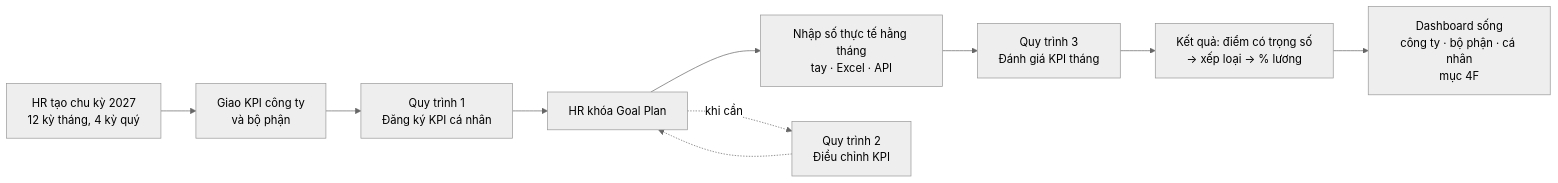
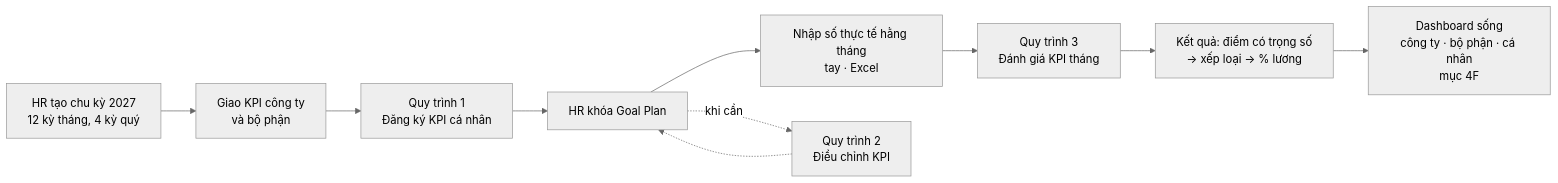
One commit to harleyng/kpi-management changed the first of 6 diagrams in docs/flows/new-flow.md. Above: the diagram before and after it, drawn with Mermaid (neutral theme). The commit also changed other lines of this file and 11 other files, not shown here.

First line of the commit message:
docs(actuals): Phase 1 records actuals by hand and Excel only; tag the API sync "Phase sau"

````diff
--- a/docs/flows/new-flow.md
+++ b/docs/flows/new-flow.md
@@ -11,12 +11,12 @@
 ```mermaid
 flowchart LR
   A[HR tạo chu kỳ 2027<br/>12 kỳ tháng, 4 kỳ quý] --> B[Giao KPI công ty<br/>và bộ phận]
   B --> C[Quy trình 1<br/>Đăng ký KPI cá nhân]
   C --> D[HR khóa Goal Plan]
-  D --> E[Nhập số thực tế hằng tháng<br/>tay · Excel · API]
+  D --> E[Nhập số thực tế hằng tháng<br/>tay · Excel]
   E --> F[Quy trình 3<br/>Đánh giá KPI tháng]
   F --> G[Kết quả: điểm có trọng số<br/>→ xếp loại → % lương]
   G --> H[Dashboard sống<br/>công ty · bộ phận · cá nhân<br/>mục 4F]
   D -. khi cần .-> X[Quy trình 2<br/>Điều chỉnh KPI]
   X -.-> D
 ```
````
